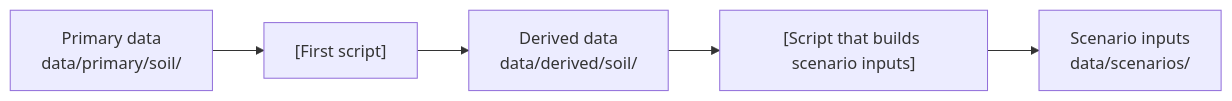
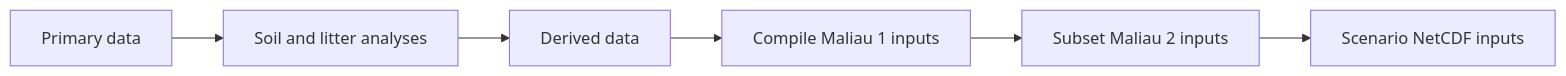
Before and after one commit to ImperialCollegeLondon/ve_data_science: the diagram in docs/modules/soil/index.md, drawn with Mermaid. The commit also changed other lines of this file, not shown here.

Commit message:
first pass at filling in placeholders

````diff
--- a/docs/modules/soil/index.md
+++ b/docs/modules/soil/index.md
@@ -101,7 +27,8 @@
 ```mermaid
 flowchart LR
-  A["Primary data<br/>data/primary/soil/"] --> B["[First script]"]
-  B --> C["Derived data<br/>data/derived/soil/"]
-  C --> D["[Script that builds scenario inputs]"]
-  D --> E["Scenario inputs<br/>data/scenarios/"]
+  A["Primary data"] --> B["Soil and litter analyses"]
+  B --> C["Derived data"]
+  C --> D["Compile Maliau 1 inputs"]
+  D --> E["Subset Maliau 2 inputs"]
+  E --> F["Scenario NetCDF inputs"]
 ```
````
